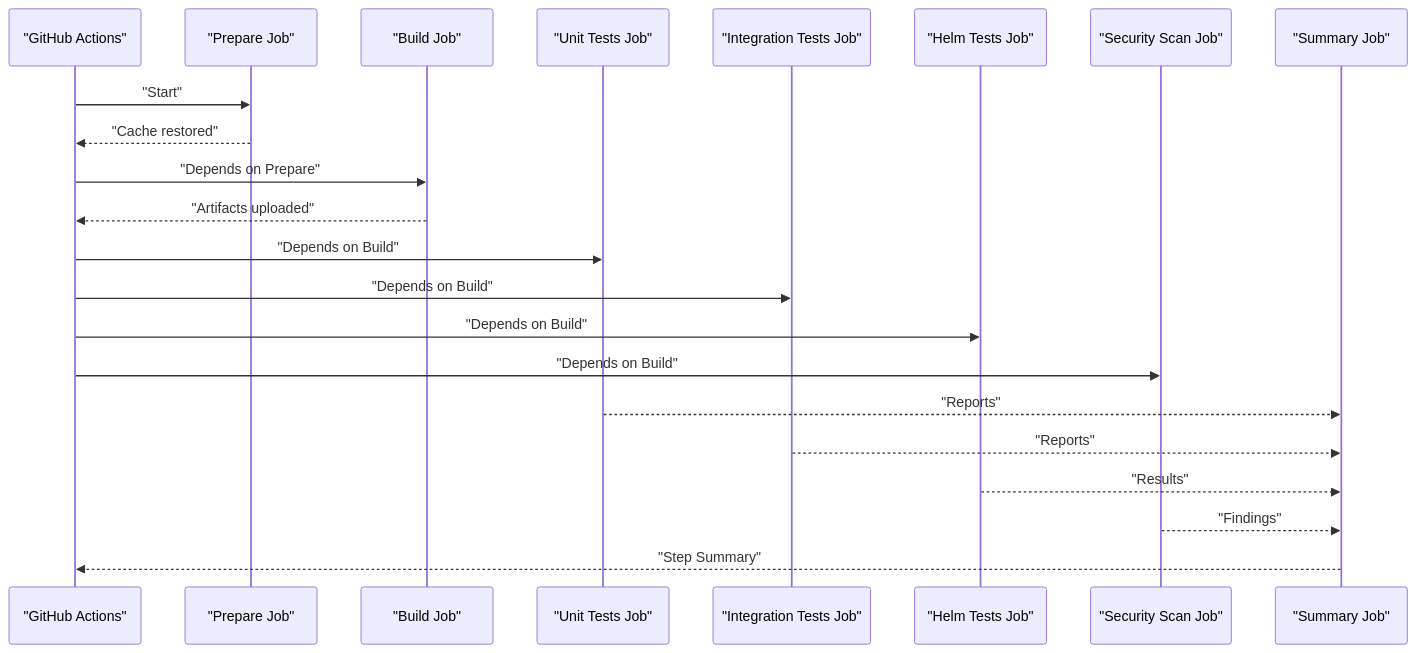
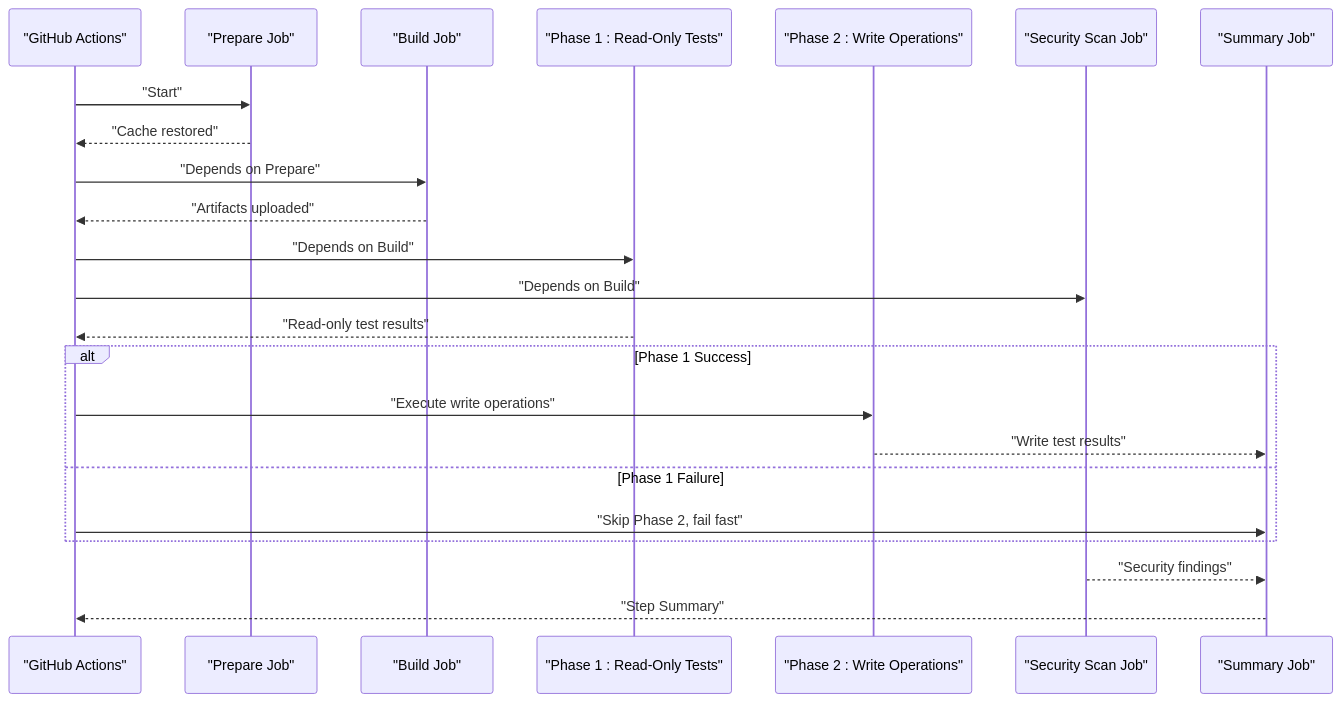
The third of 12 diagrams in .qoder/repowiki/en/content/Testing and Quality Assurance/Continuous Integration and Automation.md (debian777/kairos-mcp), drawn with Mermaid before and after one commit. The commit also changed other lines of this file and 7 other files, not shown here.

````diff
--- a/.qoder/repowiki/en/content/Testing and Quality Assurance/Continuous Integration and Automation.md
+++ b/.qoder/repowiki/en/content/Testing and Quality Assurance/Continuous Integration and Automation.md
@@ -240,24 +256,25 @@
 ```mermaid
 sequenceDiagram
 participant GH as "GitHub Actions"
 participant PREP as "Prepare Job"
 participant BUILD as "Build Job"
-participant TESTU as "Unit Tests Job"
-participant TESTI as "Integration Tests Job"
-participant HELM as "Helm Tests Job"
+participant PHASE1 as "Phase 1 : Read-Only Tests"
+participant PHASE2 as "Phase 2 : Write Operations"
 participant SEC as "Security Scan Job"
 participant SUM as "Summary Job"
 GH->>PREP : "Start"
 PREP-->>GH : "Cache restored"
 GH->>BUILD : "Depends on Prepare"
 BUILD-->>GH : "Artifacts uploaded"
-GH->>TESTU : "Depends on Build"
-GH->>TESTI : "Depends on Build"
-GH->>HELM : "Depends on Build"
+GH->>PHASE1 : "Depends on Build"
 GH->>SEC : "Depends on Build"
-TESTU-->>SUM : "Reports"
-TESTI-->>SUM : "Reports"
-HELM-->>SUM : "Results"
-SEC-->>SUM : "Findings"
+PHASE1-->>GH : "Read-only test results"
+alt Phase 1 Success
+GH->>PHASE2 : "Execute write operations"
+PHASE2-->>SUM : "Write test results"
+else Phase 1 Failure
+GH->>SUM : "Skip Phase 2, fail fast"
+end
+SEC-->>SUM : "Security findings"
 SUM-->>GH : "Step Summary"
 ```
````
